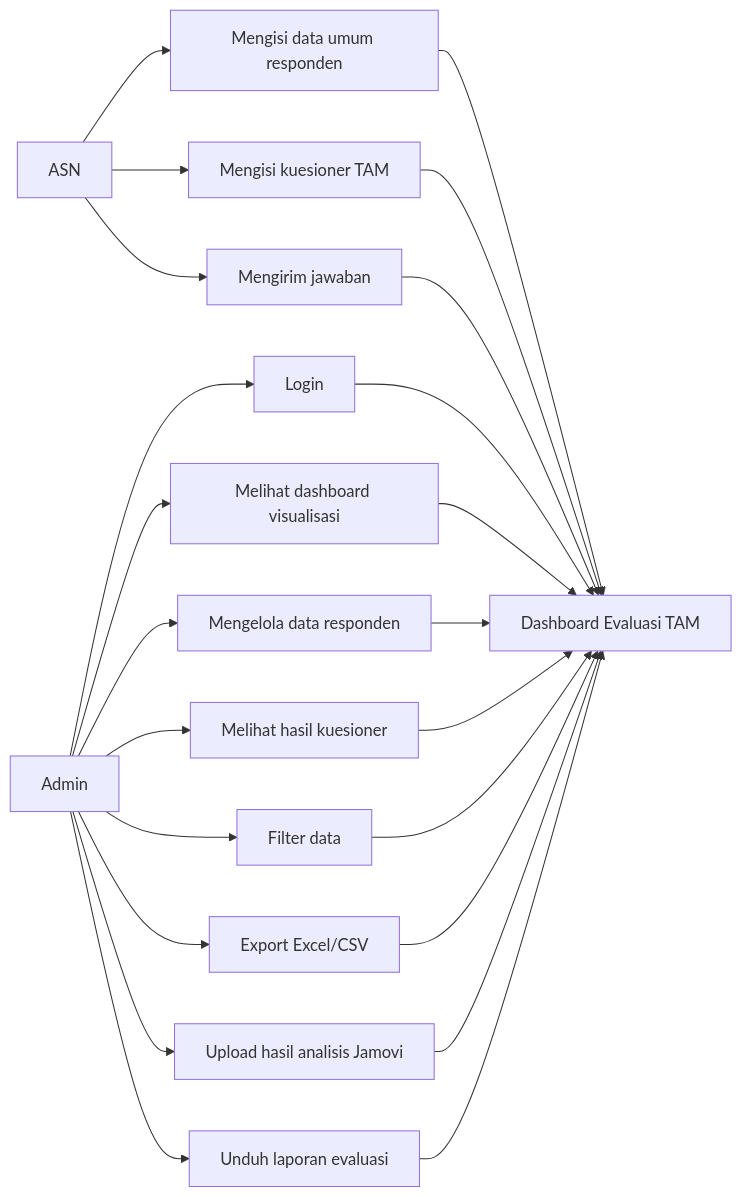
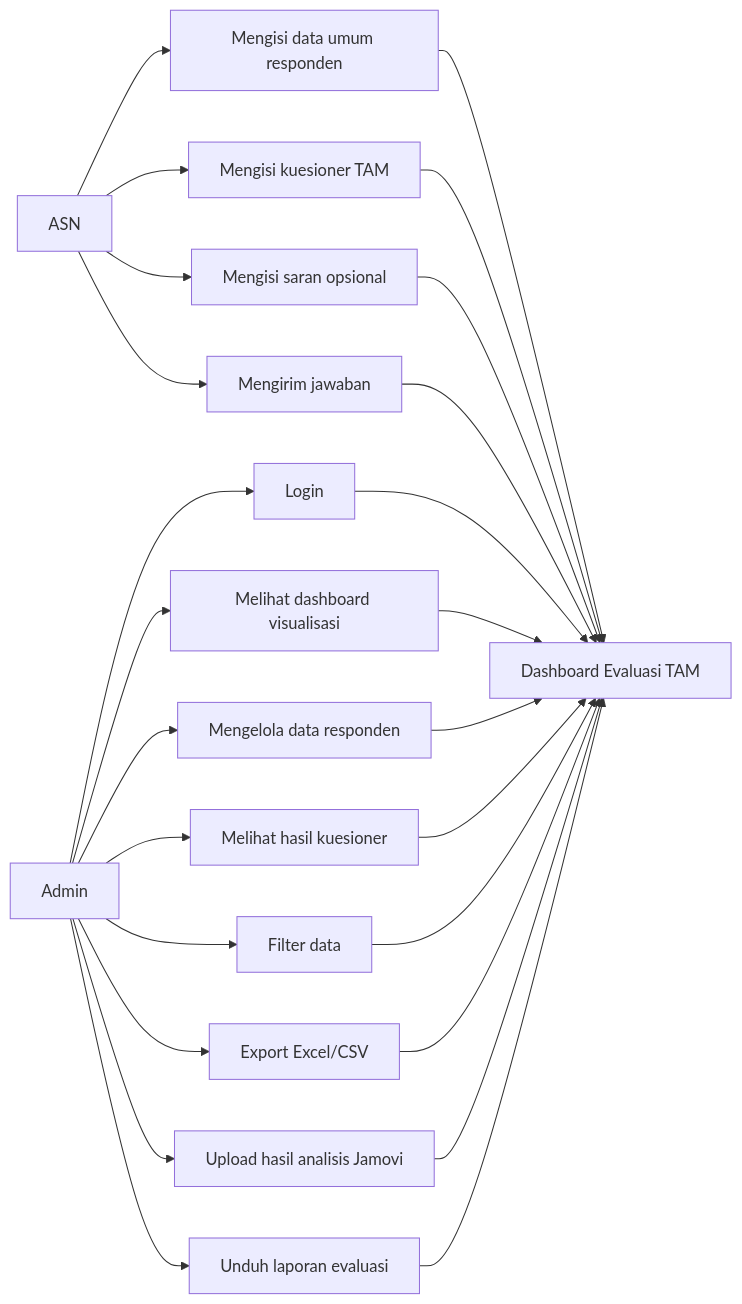
The diagram in docs/use_case.md (Gin-Gone26/dashboard-evaluasi-bebeong), drawn with Mermaid before and after one commit. The commit also changed other lines of this file and 15 other files, not shown here.

Commit message:
Menambahkan saran opsional dan membuat jabatan opsional

````diff
--- a/docs/use_case.md
+++ b/docs/use_case.md
@@ -3,31 +3,33 @@
 ```mermaid
 flowchart LR
     ASN["ASN"]
     Admin["Admin"]
     Sistem["Dashboard Evaluasi TAM"]
 
     ASN --> UC1["Mengisi data umum responden"]
     ASN --> UC2["Mengisi kuesioner TAM"]
-    ASN --> UC3["Mengirim jawaban"]
+    ASN --> UC3["Mengisi saran opsional"]
+    ASN --> UC12["Mengirim jawaban"]
 
     Admin --> UC4["Login"]
     Admin --> UC5["Melihat dashboard visualisasi"]
     Admin --> UC6["Mengelola data responden"]
     Admin --> UC7["Melihat hasil kuesioner"]
     Admin --> UC8["Filter data"]
     Admin --> UC9["Export Excel/CSV"]
     Admin --> UC10["Upload hasil analisis Jamovi"]
     Admin --> UC11["Unduh laporan evaluasi"]
 
     UC1 --> Sistem
     UC2 --> Sistem
     UC3 --> Sistem
+    UC12 --> Sistem
     UC4 --> Sistem
     UC5 --> Sistem
     UC6 --> Sistem
     UC7 --> Sistem
     UC8 --> Sistem
     UC9 --> Sistem
     UC10 --> Sistem
     UC11 --> Sistem
 ```
````
